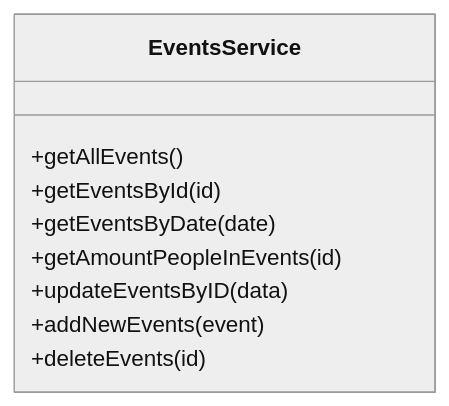
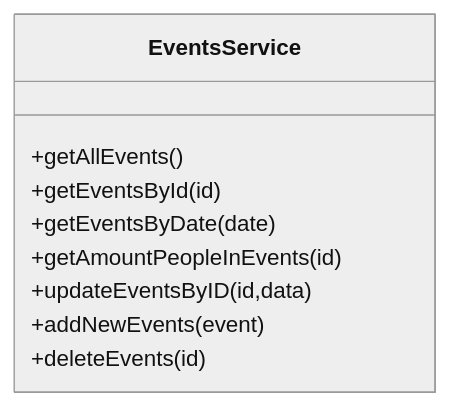
The second of 3 diagrams in README.md (EslebanPerez/HackTheOcean), drawn with Mermaid (neutral theme) before and after one commit. The commit also changed other lines of this file, not shown here.

````diff
--- a/README.md
+++ b/README.md
@@ -86,11 +90,11 @@
 ```mermaid
 classDiagram
 class EventsService
 EventsService : +getAllEvents()
 EventsService : +getEventsById(id)
 EventsService : +getEventsByDate(date)
 EventsService : +getAmountPeopleInEvents(id)
-EventsService : +updateEventsByID(data)
+EventsService : +updateEventsByID(id,data)
 EventsService : +addNewEvents(event)
 EventsService : +deleteEvents(id)
 ```
````
